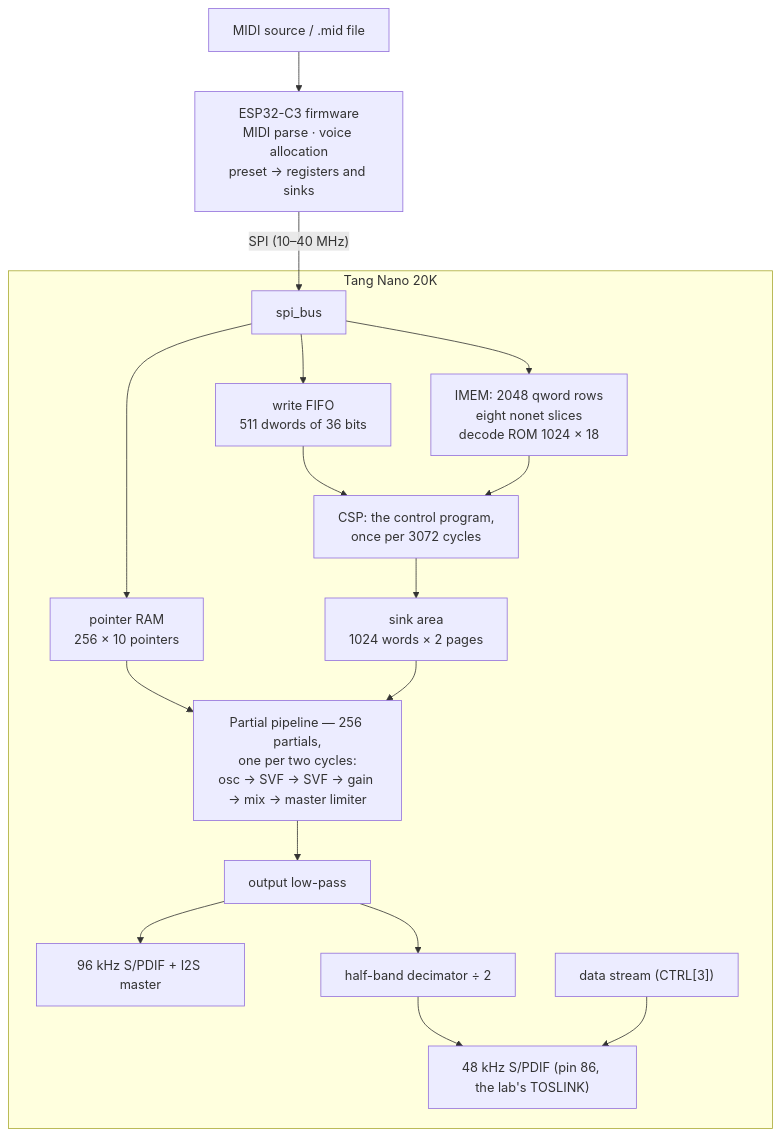
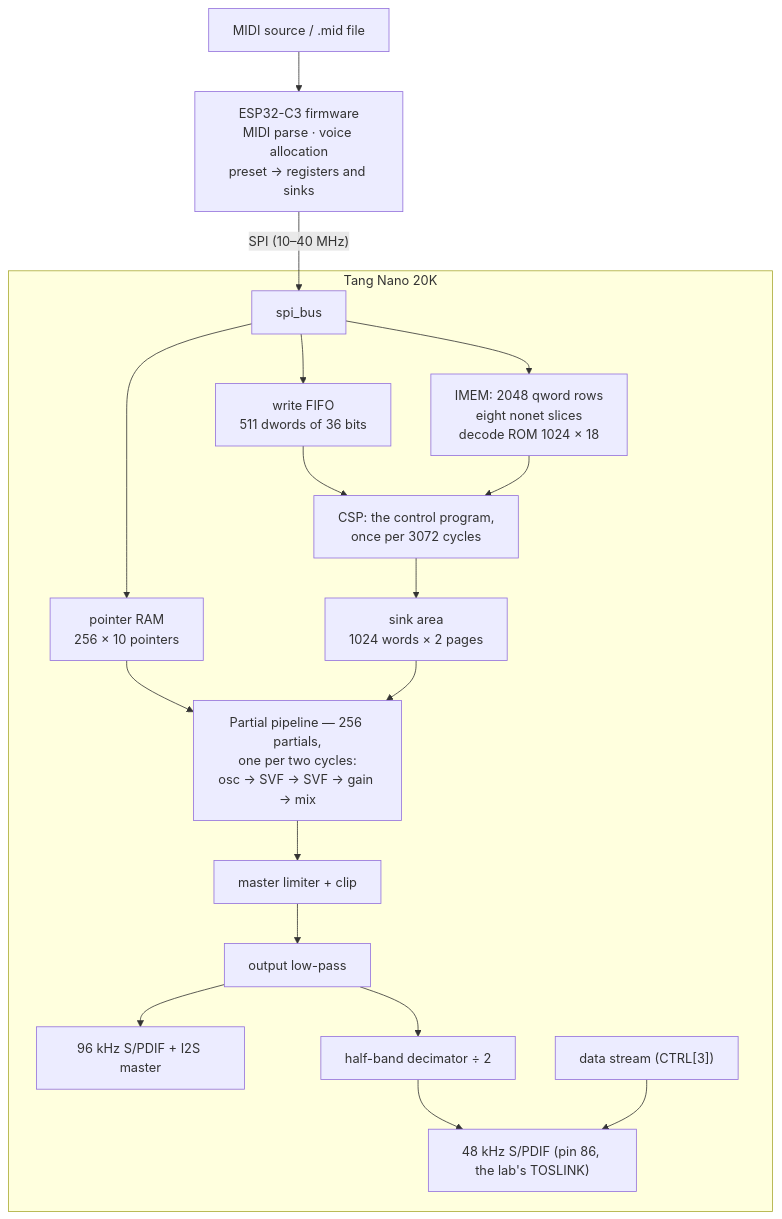
Before and after one commit to Thorwegian/noaidi-fpga-synth: the diagram in docs/memory_map.md, drawn with Mermaid. The commit also changed other lines of this file and 2 other files, not shown here.

Commit message:
docs: the post-mix chain and the master limiter's form; DIAG_LIMITER's row

````diff
--- a/docs/memory_map.md
+++ b/docs/memory_map.md
@@ -40,20 +40,21 @@
 ```mermaid
 flowchart TD
     MIDI["MIDI source / .mid file"] --> ESP["ESP32-C3 firmware<br/>MIDI parse · voice allocation<br/>preset → registers and sinks"]
     ESP -- "SPI (10–40 MHz)" --> BUS["spi_bus"]
     subgraph FG["Tang Nano 20K"]
         BUS --> Q["write FIFO<br/>511 dwords of 36 bits"]
         BUS --> PGM["IMEM: 2048 qword rows<br/>eight nonet slices<br/>decode ROM 1024 × 18"]
         BUS --> PTR["pointer RAM<br/>256 × 10 pointers"]
         Q --> CSP["CSP: the control program,<br/>once per 3072 cycles"]
         PGM --> CSP
         CSP --> SINKS["sink area<br/>1024 words × 2 pages"]
-        PTR --> PIPE["Partial pipeline — 256 partials,<br/>one per two cycles:<br/>osc → SVF → SVF → gain → mix → master limiter"]
+        PTR --> PIPE["Partial pipeline — 256 partials,<br/>one per two cycles:<br/>osc → SVF → SVF → gain → mix"]
         SINKS --> PIPE
-        PIPE --> LPF["output low-pass"]
+        PIPE --> LIM["master limiter + clip"]
+        LIM --> LPF["output low-pass"]
         LPF --> OUT96["96 kHz S/PDIF + I2S master"]
         LPF --> DEC["half-band decimator ÷ 2"]
         DEC --> OUT48["48 kHz S/PDIF (pin 86, the lab's TOSLINK)"]
         STREAM["data stream (CTRL[3])"] --> OUT48
     end
 ```
````
